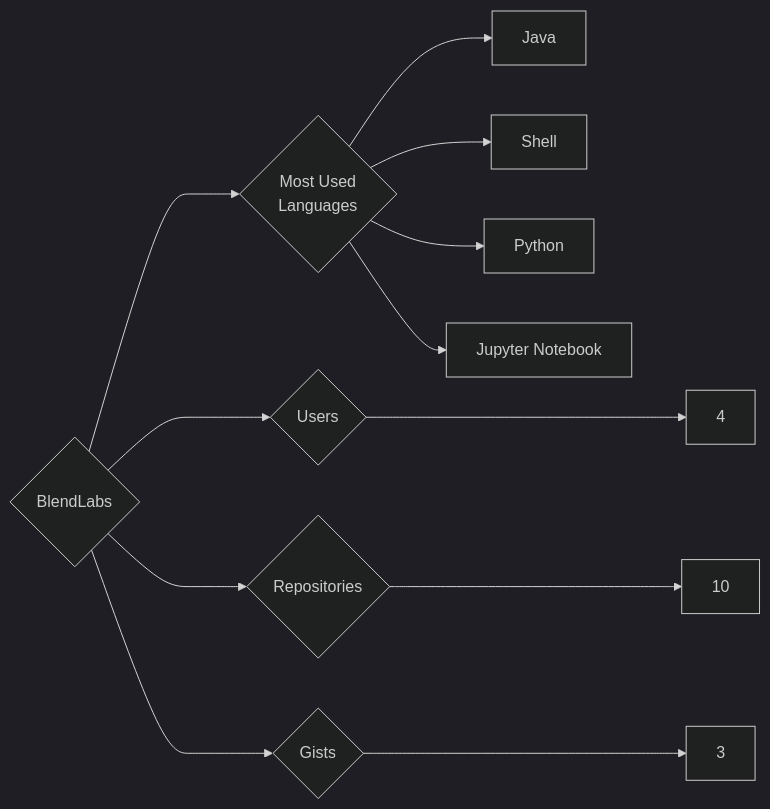
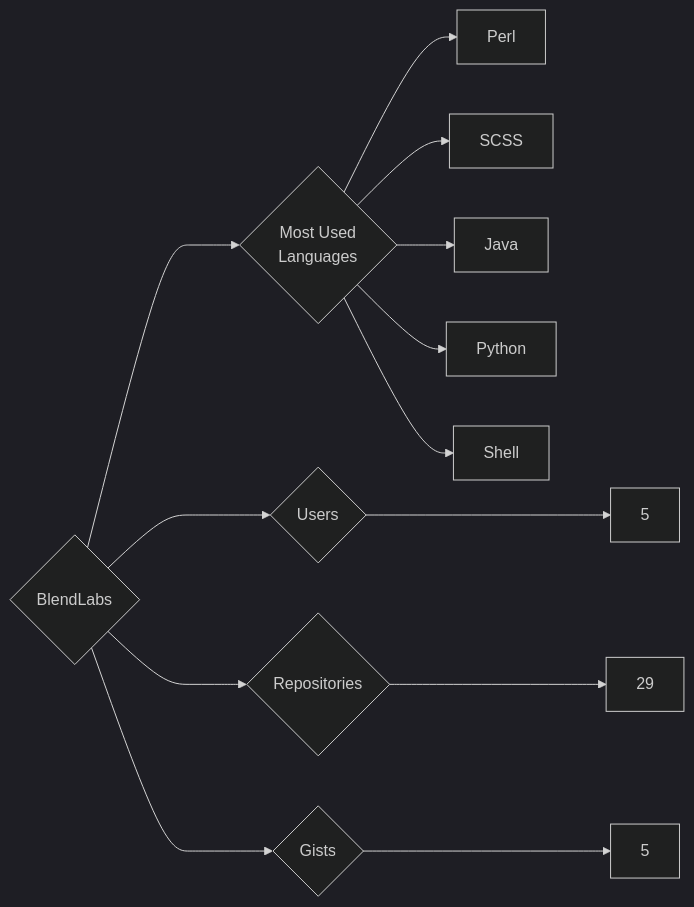
Before and after one commit to trickest/insiders: the diagram in targets/BlendLabs/README.md, drawn with Mermaid (dark theme). The commit also changed 998 other files, not shown here.

````diff
--- a/targets/BlendLabs/README.md
+++ b/targets/BlendLabs/README.md
@@ -3,12 +3,13 @@
 ```mermaid
 graph LR
 COMPANY_NAME{BlendLabs}
-COMPANY_NAME ---> U{Users} ---> UN[4]
-COMPANY_NAME ---> R{Repositories} ---> RN[10]
-COMPANY_NAME ---> G{Gists} ---> GN[3]
+COMPANY_NAME ---> U{Users} ---> UN[5]
+COMPANY_NAME ---> R{Repositories} ---> RN[29]
+COMPANY_NAME ---> G{Gists} ---> GN[5]
 COMPANY_NAME ---> ML{Most Used<br>Languages}
+ML --> Perl[Perl]
+ML --> SCSS[SCSS]
 ML --> Java[Java]
+ML --> Python[Python]
 ML --> Shell[Shell]
-ML --> Python[Python]
-ML --> Jupyter_Notebook[Jupyter Notebook]
 ```
````
